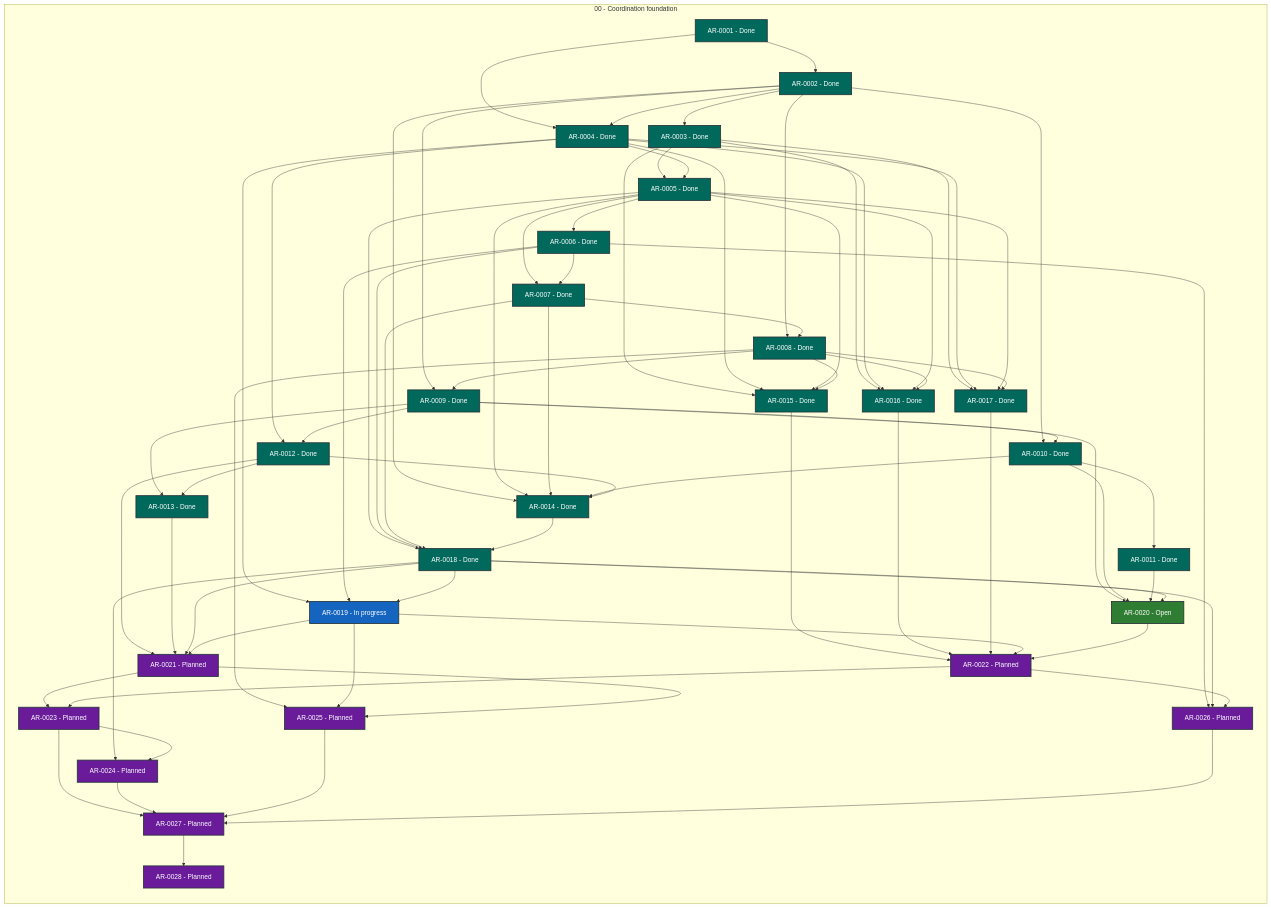
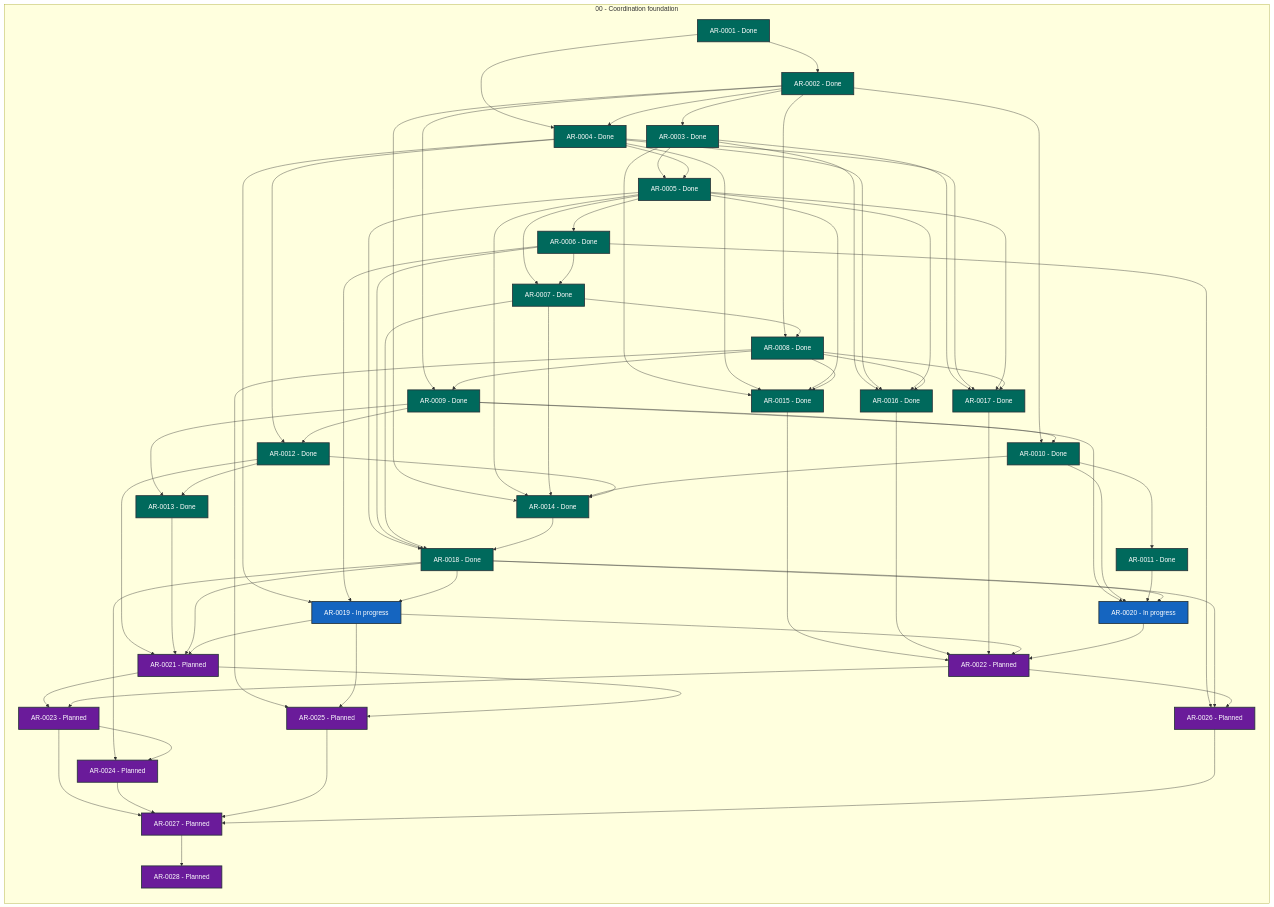
One commit to martin-beck/agent-workflow-runtime-state changed the diagram in STATUS.md. Above: the diagram before and after it, drawn with Mermaid. The commit also changed other lines of this file and 2 other files, not shown here.

```diff
--- a/STATUS.md
+++ b/STATUS.md
@@ -47,7 +47,7 @@
         AR_0017["AR-0017 - Done"]:::status_done
         AR_0018["AR-0018 - Done"]:::status_done
         AR_0019["AR-0019 - In progress"]:::status_in_progress
-        AR_0020["AR-0020 - Open"]:::status_open
+        AR_0020["AR-0020 - In progress"]:::status_in_progress
         AR_0021["AR-0021 - Planned"]:::status_planned
         AR_0022["AR-0022 - Planned"]:::status_planned
         AR_0023["AR-0023 - Planned"]:::status_planned
```
